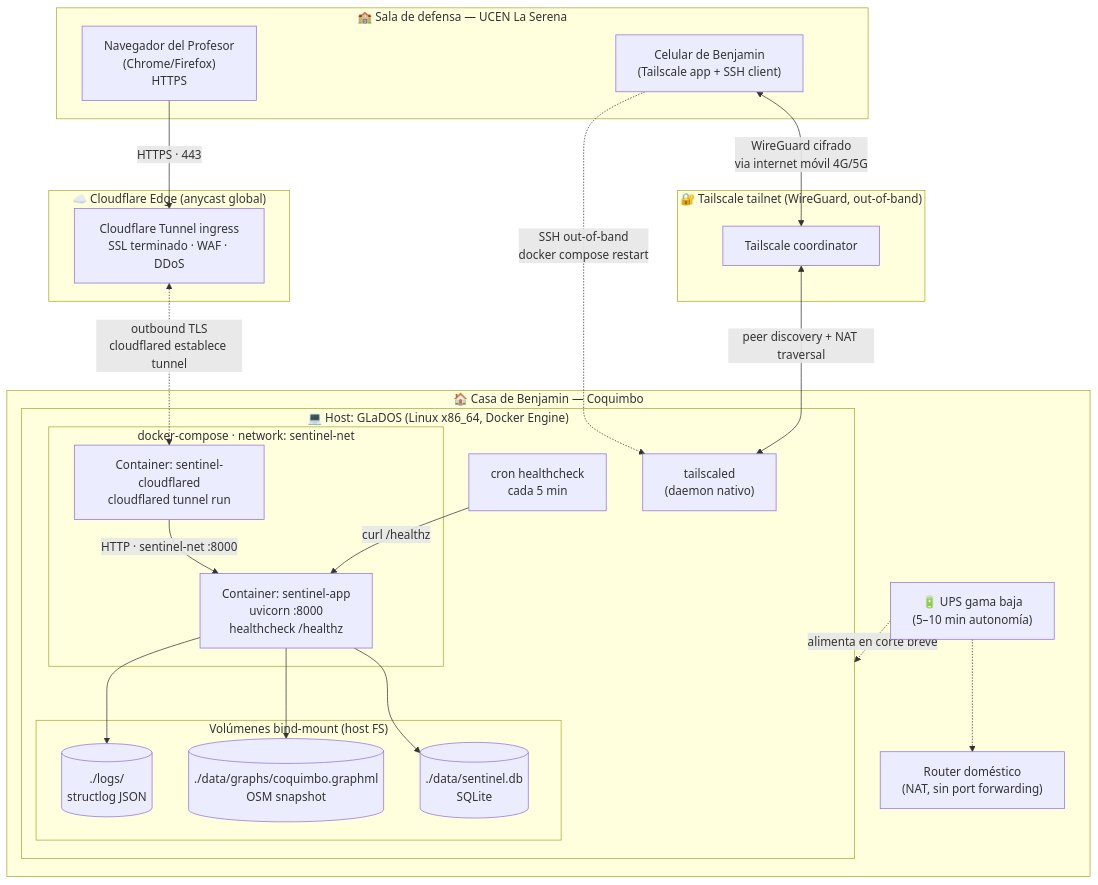
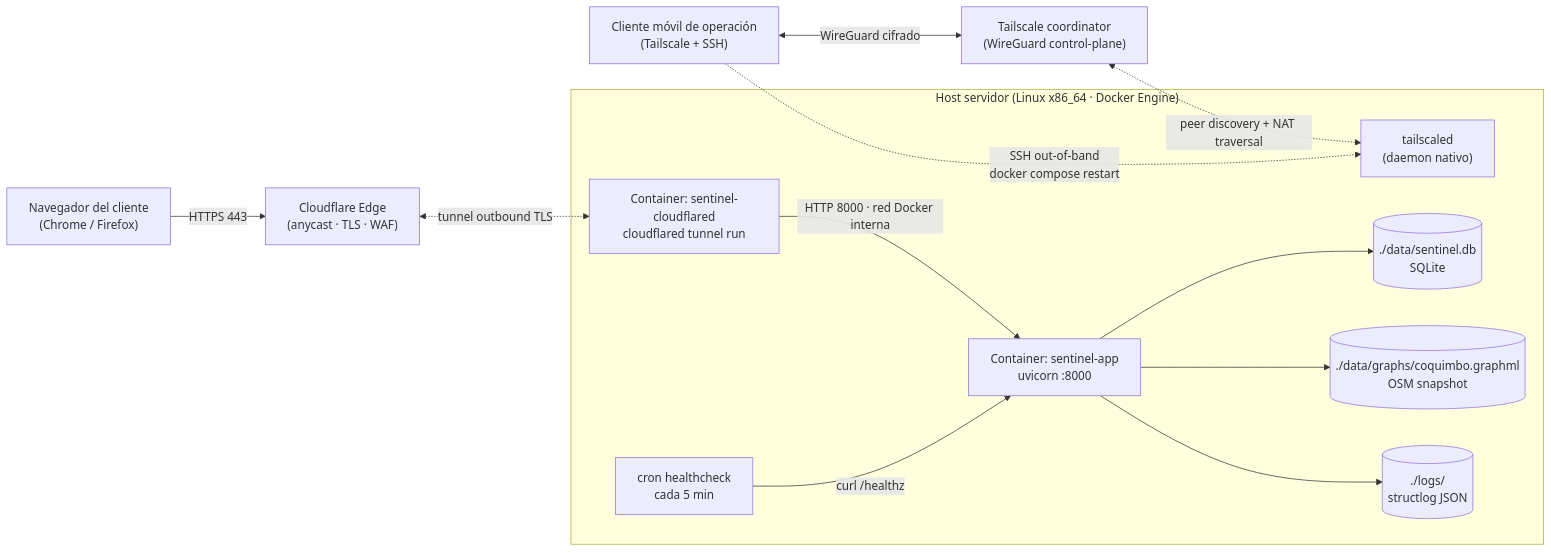
One commit to Jacket-69/sentinel-dispatch changed the diagram in docs/architecture/c4-deployment.md. Above: the diagram before and after it, drawn with Mermaid. The commit also changed other lines of this file, not shown here.

Commit message:
docs(arch): generalizar c4-deployment.md

````diff
--- a/docs/architecture/c4-deployment.md
+++ b/docs/architecture/c4-deployment.md
@@ -12,52 +12,30 @@
 ```mermaid
-flowchart TB
-    subgraph Sala["🏫 Sala de defensa — UCEN La Serena"]
-        Browser["Navegador del Profesor<br/>(Chrome/Firefox)<br/>HTTPS"]
-        Phone["Celular de Benjamin<br/>(Tailscale app + SSH client)"]
+flowchart LR
+    Browser["Navegador del cliente<br/>(Chrome / Firefox)"]
+    Phone["Cliente móvil de operación<br/>(Tailscale + SSH)"]
+
+    CFEdge["Cloudflare Edge<br/>(anycast · TLS · WAF)"]
+    TSCoord["Tailscale coordinator<br/>(WireGuard control-plane)"]
+
+    subgraph Host["Host servidor (Linux x86_64 · Docker Engine)"]
+        AppC["Container: sentinel-app<br/>uvicorn :8000"]
+        CFC["Container: sentinel-cloudflared<br/>cloudflared tunnel run"]
+        TSDaemon["tailscaled<br/>(daemon nativo)"]
+        CronHC["cron healthcheck<br/>cada 5 min"]
+        VolDB[("./data/sentinel.db<br/>SQLite")]
+        VolGraph[("./data/graphs/coquimbo.graphml<br/>OSM snapshot")]
+        VolLogs[("./logs/<br/>structlog JSON")]
     end
 
-    subgraph CF["☁️ Cloudflare Edge (anycast global)"]
-        CFEdge["Cloudflare Tunnel ingress<br/>SSL terminado · WAF · DDoS"]
-    end
-
-    subgraph TS["🔐 Tailscale tailnet (WireGuard, out-of-band)"]
-        TSCoord["Tailscale coordinator"]
-    end
-
-    subgraph Casa["🏠 Casa de Benjamin — Coquimbo"]
-        Router["Router doméstico<br/>(NAT, sin port forwarding)"]
-
-        subgraph Host["💻 Host: GLaDOS (Linux x86_64, Docker Engine)"]
-            subgraph Compose["docker-compose · network: sentinel-net"]
-                AppC["Container: sentinel-app<br/>uvicorn :8000<br/>healthcheck /healthz"]
-                CFC["Container: sentinel-cloudflared<br/>cloudflared tunnel run"]
-            end
-
-            subgraph Vols["Volúmenes bind-mount (host FS)"]
-                VolDB[("./data/sentinel.db<br/>SQLite")]
-                VolGraph[("./data/graphs/coquimbo.graphml<br/>OSM snapshot")]
-                VolLogs[("./logs/<br/>structlog JSON")]
-            end
-
-            TSDaemon["tailscaled<br/>(daemon nativo)"]
-            CronHC["cron healthcheck<br/>cada 5 min"]
-        end
-
-        UPS["🔋 UPS gama baja<br/>(5–10 min autonomía)"]
-    end
-
-    Browser -->|HTTPS · 443| CFEdge
-    CFEdge <-.->|outbound TLS<br/>cloudflared establece tunnel| CFC
-    CFC -->|HTTP · sentinel-net :8000| AppC
+    Browser -->|HTTPS 443| CFEdge
+    CFEdge <-.->|tunnel outbound TLS| CFC
+    CFC -->|HTTP 8000 · red Docker interna| AppC
     AppC --> VolDB
     AppC --> VolGraph
     AppC --> VolLogs
     CronHC -->|curl /healthz| AppC
 
-    Phone <-->|WireGuard cifrado<br/>via internet móvil 4G/5G| TSCoord
-    TSCoord <-->|peer discovery + NAT traversal| TSDaemon
+    Phone <-->|WireGuard cifrado| TSCoord
+    TSCoord <-.->|peer discovery + NAT traversal| TSDaemon
     Phone -.->|SSH out-of-band<br/>docker compose restart| TSDaemon
-
-    UPS -.->|alimenta en corte breve| Host
-    UPS -.-> Router
 ```
````
